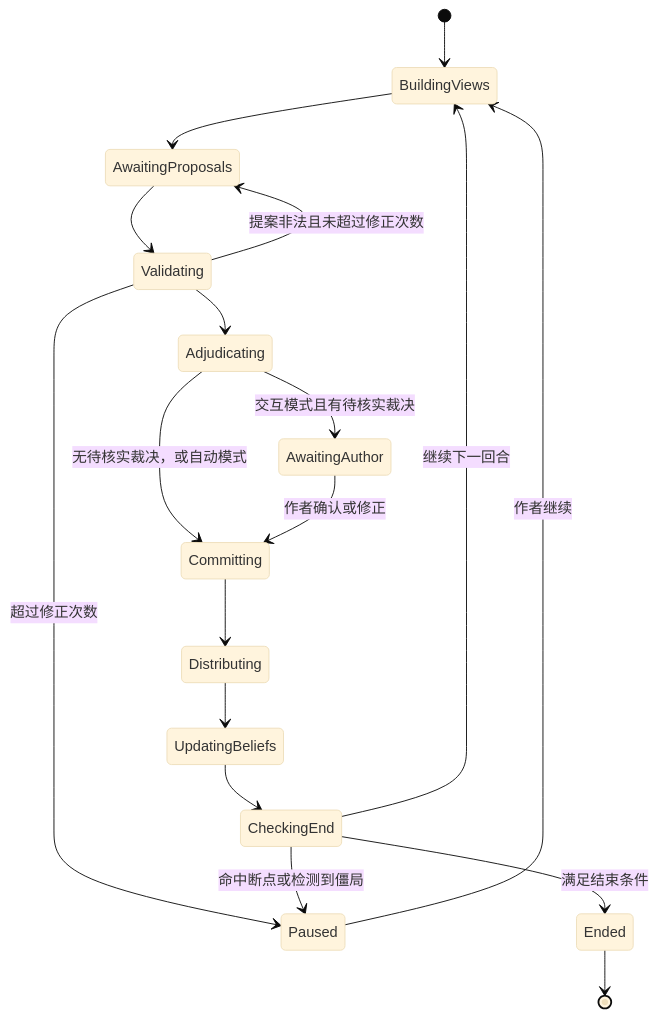
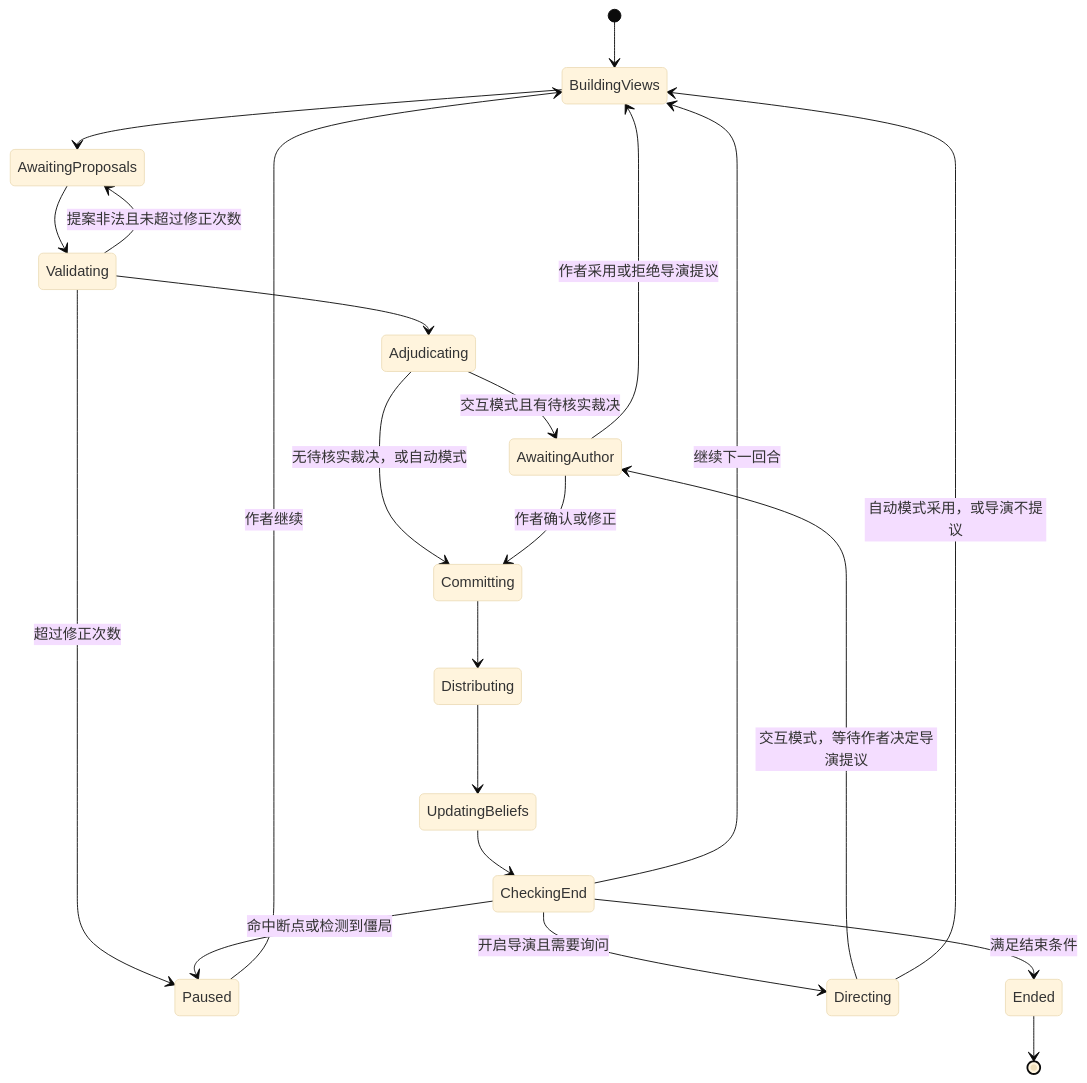
Before and after one commit to 645359132/fudiao: the second of 2 diagrams in IMPLEMENTATION_PLAN.md, drawn with Mermaid (base theme). The commit also changed other lines of this file and 27 other files, not shown here.

````diff
--- a/IMPLEMENTATION_PLAN.md
+++ b/IMPLEMENTATION_PLAN.md
@@ -223,20 +223,24 @@
 ```mermaid
 stateDiagram-v2
     [*] --> BuildingViews
     BuildingViews --> AwaitingProposals
     AwaitingProposals --> Validating
     Validating --> AwaitingProposals: 提案非法且未超过修正次数
     Validating --> Paused: 超过修正次数
     Validating --> Adjudicating
     Adjudicating --> AwaitingAuthor: 交互模式且有待核实裁决
     Adjudicating --> Committing: 无待核实裁决，或自动模式
     AwaitingAuthor --> Committing: 作者确认或修正
     Committing --> Distributing
     Distributing --> UpdatingBeliefs
     UpdatingBeliefs --> CheckingEnd
     CheckingEnd --> BuildingViews: 继续下一回合
+    CheckingEnd --> Directing: 开启导演且需要询问
+    Directing --> AwaitingAuthor: 交互模式，等待作者决定导演提议
+    Directing --> BuildingViews: 自动模式采用，或导演不提议
+    AwaitingAuthor --> BuildingViews: 作者采用或拒绝导演提议
     CheckingEnd --> Paused: 命中断点或检测到僵局
     CheckingEnd --> Ended: 满足结束条件
     Paused --> BuildingViews: 作者继续
     Ended --> [*]
 ```
````
